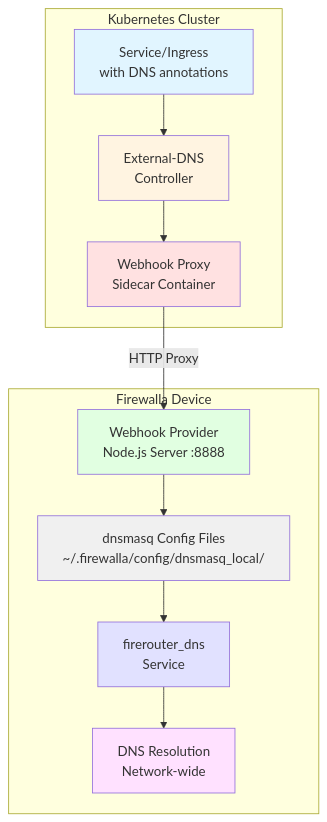
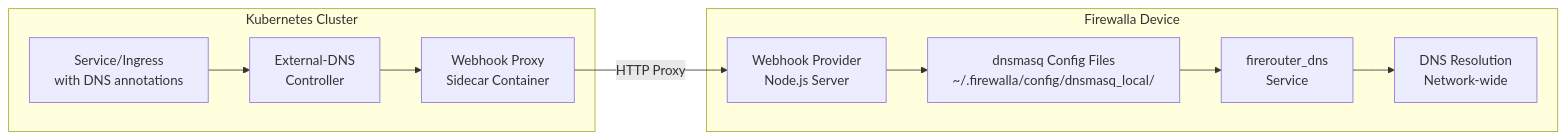
The diagram in README.md (TheOutdoorProgrammer/external-dns-firewalla-webhook), drawn with Mermaid before and after one commit. The commit also changed other lines of this file, not shown here.

````diff
--- a/README.md
+++ b/README.md
@@ -11,23 +14,15 @@
 ```mermaid
-graph TB
+graph LR
     subgraph "Kubernetes Cluster"
         A[Service/Ingress<br/>with DNS annotations] --> B[External-DNS<br/>Controller]
         B --> C[Webhook Proxy<br/>Sidecar Container]
     end
-    
+
     subgraph "Firewalla Device"
-        D[Webhook Provider<br/>Node.js Server :8888] --> E[dnsmasq Config Files<br/>~/.firewalla/config/dnsmasq_local/]
+        D[Webhook Provider<br/>Node.js Server] --> E[dnsmasq Config Files<br/>~/.firewalla/config/dnsmasq_local/]
         E --> F[firerouter_dns<br/>Service]
         F --> G[DNS Resolution<br/>Network-wide]
     end
-    
+
     C -->|HTTP Proxy| D
-    
-    style A fill:#e1f5ff
-    style B fill:#fff4e1
-    style C fill:#ffe1e1
-    style D fill:#e1ffe1
-    style E fill:#f0f0f0
-    style F fill:#e1e1ff
-    style G fill:#ffe1ff
 ```
````
